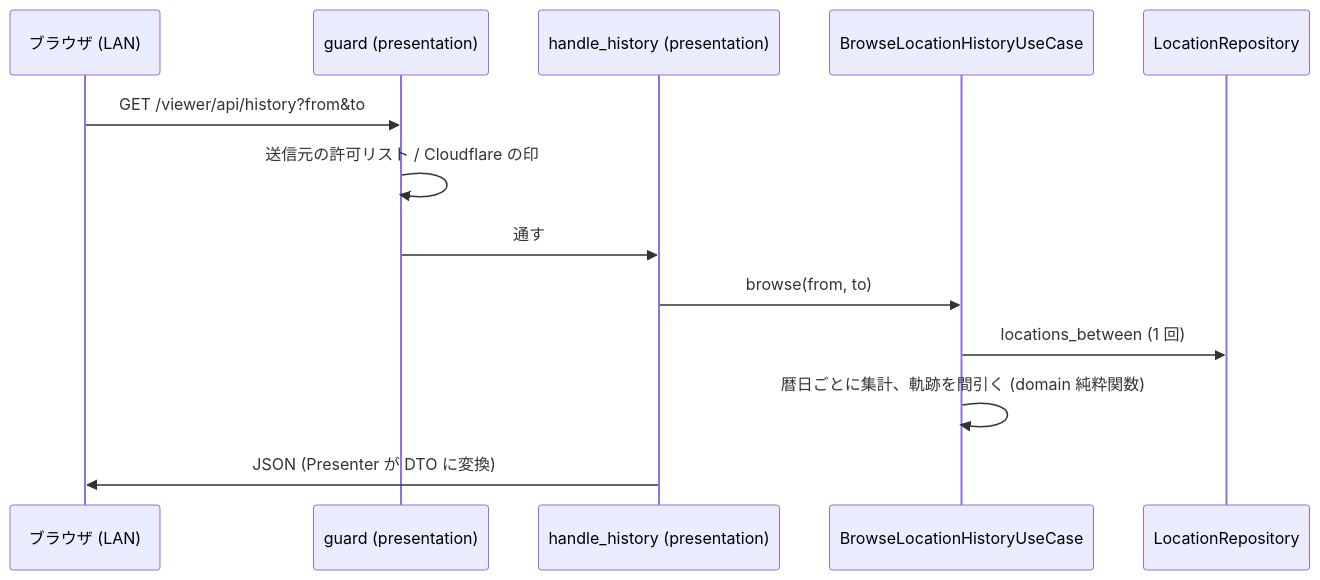
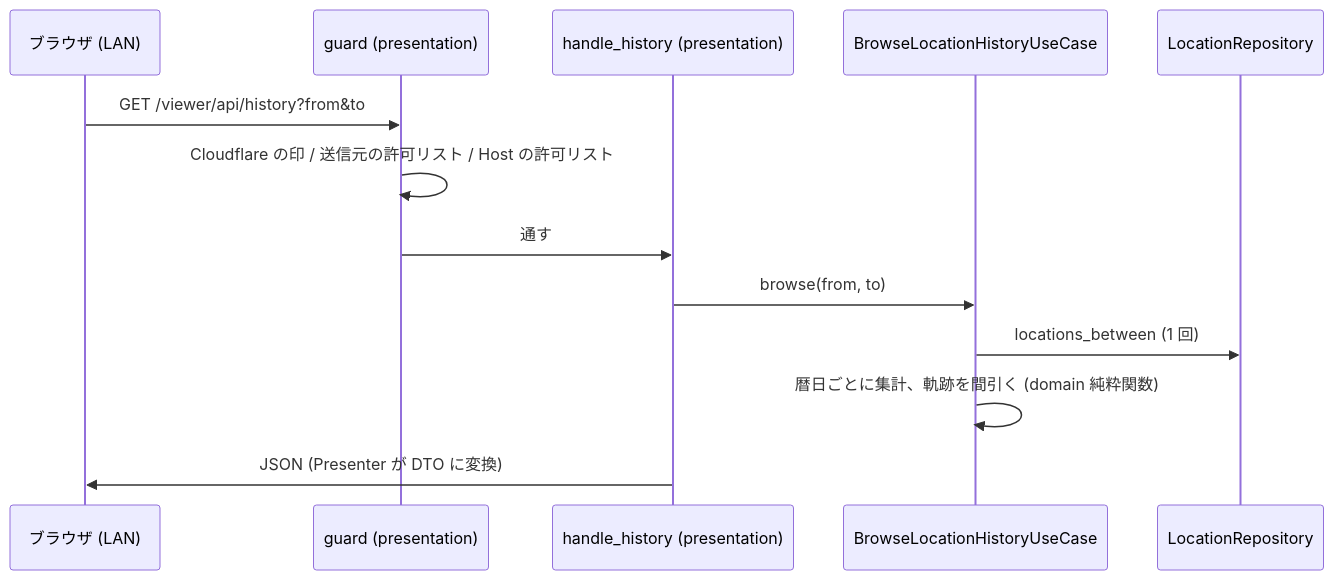
One commit to ekuinox/kgd changed the fifth of 5 diagrams in docs/architecture.md. Above: the diagram before and after it, drawn with Mermaid. The commit also changed other lines of this file and 4 other files, not shown here.

````diff
--- a/docs/architecture.md
+++ b/docs/architecture.md
@@ -166,16 +166,16 @@
 ```mermaid
 sequenceDiagram
     participant B as ブラウザ (LAN)
     participant G as guard (presentation)
     participant A as handle_history (presentation)
     participant U as BrowseLocationHistoryUseCase
     participant R as LocationRepository
 
     B->>G: GET /viewer/api/history?from&to
-    G->>G: 送信元の許可リスト / Cloudflare の印
+    G->>G: Cloudflare の印 / 送信元の許可リスト / Host の許可リスト
     G->>A: 通す
     A->>U: browse(from, to)
     U->>R: locations_between (1 回)
     U->>U: 暦日ごとに集計、軌跡を間引く (domain 純粋関数)
     A->>B: JSON (Presenter が DTO に変換)
 ```
````
